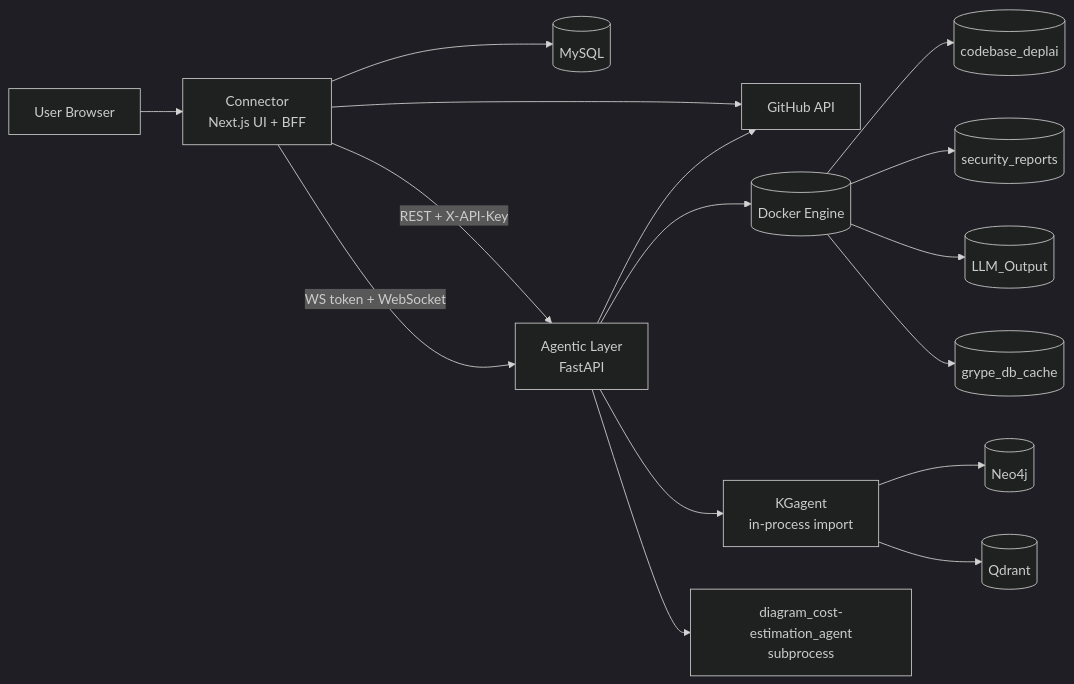
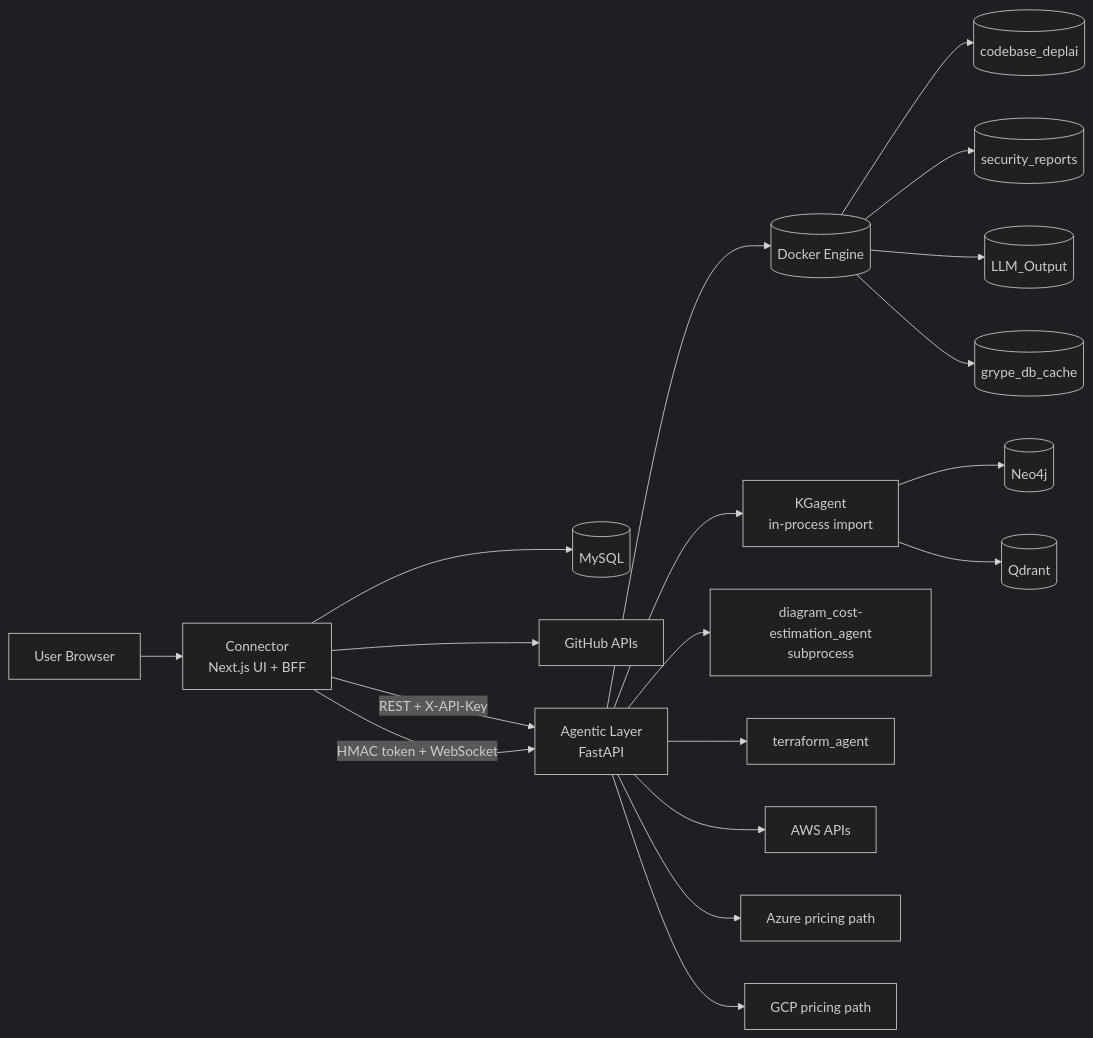
The first of 3 diagrams in ARCHITECTURE.md (adityajayashankar/Deplai), drawn with Mermaid (dark theme) before and after one commit. The commit also changed other lines of this file and 16 other files, not shown here.

````diff
--- a/ARCHITECTURE.md
+++ b/ARCHITECTURE.md
@@ -17,21 +26,25 @@
 ```mermaid
 flowchart LR
-    U[User Browser] --> C[Connector<br/>Next.js UI + BFF]
-    C --> DB[(MySQL)]
-    C --> G[GitHub API]
-    C -->|REST + X-API-Key| A[Agentic Layer<br/>FastAPI]
-    C -->|WS token + WebSocket| A
+    User[User Browser] --> Connector[Connector<br/>Next.js UI + BFF]
+    Connector --> MySQL[(MySQL)]
+    Connector --> GitHub[GitHub APIs]
 
-    A --> D[(Docker Engine)]
-    D --> V1[(codebase_deplai)]
-    D --> V2[(security_reports)]
-    D --> V3[(LLM_Output)]
-    D --> V4[(grype_db_cache)]
+    Connector -->|REST + X-API-Key| Agentic[Agentic Layer<br/>FastAPI]
+    Connector -->|HMAC token + WebSocket| Agentic
 
-    A --> KG[KGagent<br/>in-process import]
-    KG --> N[(Neo4j)]
-    KG --> Q[(Qdrant)]
+    Agentic --> Docker[(Docker Engine)]
+    Docker --> Code[(codebase_deplai)]
+    Docker --> Reports[(security_reports)]
+    Docker --> Output[(LLM_Output)]
+    Docker --> Grype[(grype_db_cache)]
 
-    A --> S7[diagram_cost-estimation_agent<br/>subprocess]
-    A --> G
+    Agentic --> KG[KGagent<br/>in-process import]
+    KG --> Neo4j[(Neo4j)]
+    KG --> Qdrant[(Qdrant)]
+
+    Agentic --> Stage7[diagram_cost-estimation_agent<br/>subprocess]
+    Agentic --> Terraform[terraform_agent]
+    Agentic --> AWS[AWS APIs]
+    Agentic --> Azure[Azure pricing path]
+    Agentic --> GCP[GCP pricing path]
 ```
````
